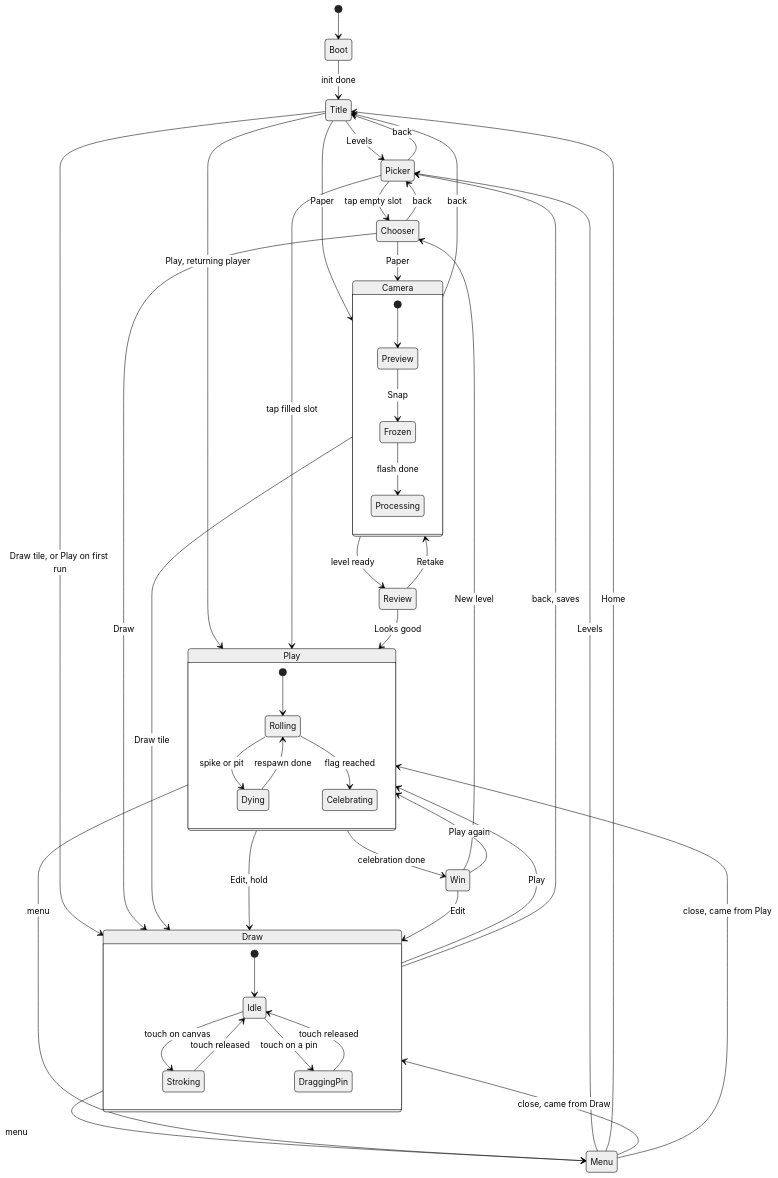
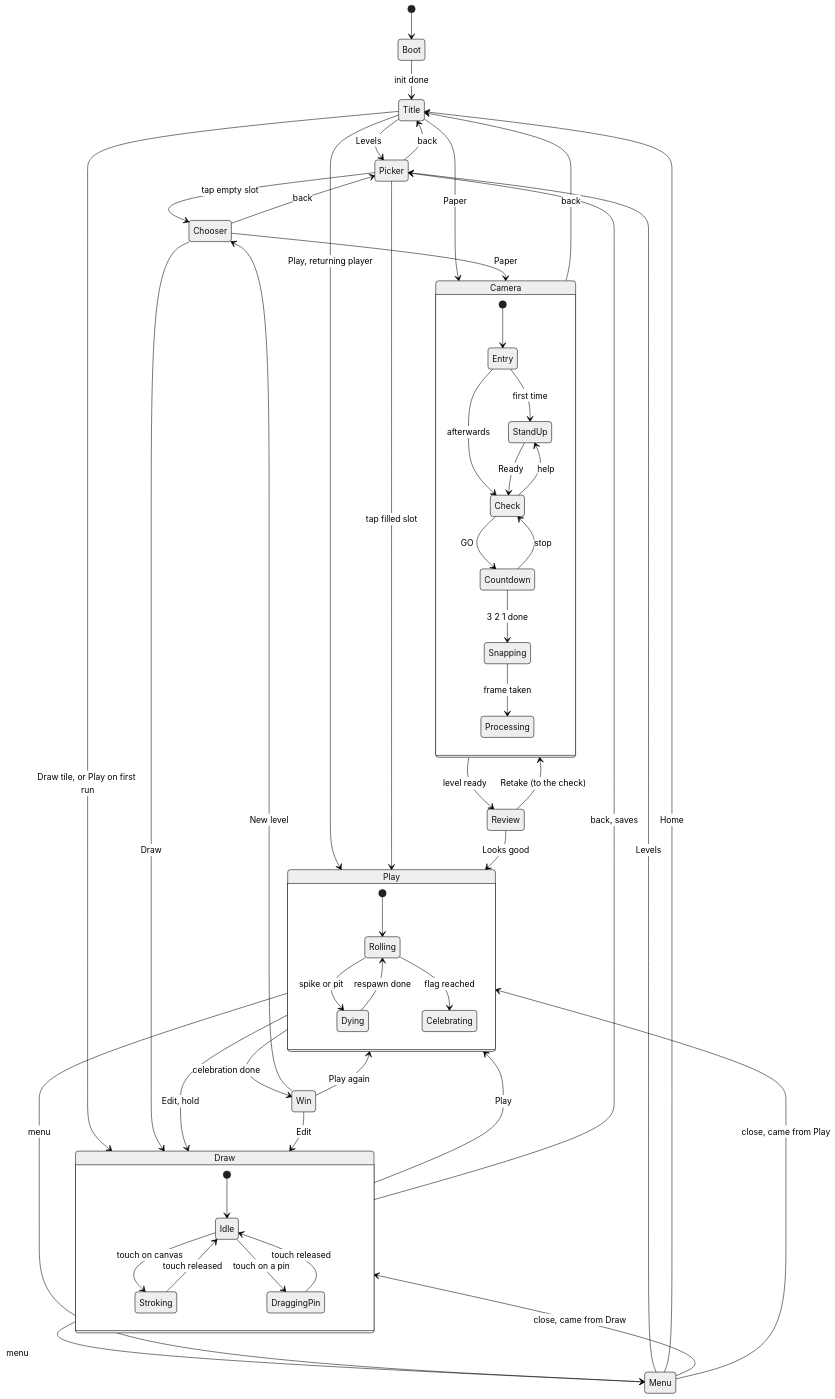
One commit to ambikc/scribble changed the second of 3 diagrams in docs/system-design.md. Above: the diagram before and after it, drawn with Mermaid (neutral theme). The commit also changed other lines of this file and 5 other files, not shown here.

First line of the commit message:
Add stand-up capture flow, A4 level template and calibration check

````diff
--- a/docs/system-design.md
+++ b/docs/system-design.md
@@ -143,58 +160,63 @@
 ```mermaid
 stateDiagram-v2
     [*] --> Boot
     Boot --> Title: init done
 
     Title --> Picker: Levels
     Title --> Camera: Paper
     Title --> Draw: Draw tile, or Play on first run
     Title --> Play: Play, returning player
 
     Picker --> Play: tap filled slot
     Picker --> Chooser: tap empty slot
     Picker --> Title: back
     Chooser --> Camera: Paper
     Chooser --> Draw: Draw
     Chooser --> Picker: back
 
     state Camera {
-        [*] --> Preview
-        Preview --> Frozen: Snap
-        Frozen --> Processing: flash done
+        [*] --> Entry
+        Entry --> StandUp: first time
+        Entry --> Check: afterwards
+        StandUp --> Check: Ready
+        Check --> StandUp: help
+        Check --> Countdown: GO
+        Countdown --> Check: stop
+        Countdown --> Snapping: 3 2 1 done
+        Snapping --> Processing: frame taken
     }
     Camera --> Review: level ready
-    Camera --> Draw: Draw tile
     Camera --> Title: back
-    Review --> Camera: Retake
+    Review --> Camera: Retake (to the check)
     Review --> Play: Looks good
 
     state Draw {
         [*] --> Idle
         Idle --> Stroking: touch on canvas
         Stroking --> Idle: touch released
         Idle --> DraggingPin: touch on a pin
         DraggingPin --> Idle: touch released
     }
     Draw --> Play: Play
     Draw --> Menu: menu
     Draw --> Picker: back, saves
 
     state Play {
         [*] --> Rolling
         Rolling --> Dying: spike or pit
         Dying --> Rolling: respawn done
         Rolling --> Celebrating: flag reached
     }
     Play --> Win: celebration done
     Play --> Draw: Edit, hold
     Play --> Menu: menu
 
     Menu --> Draw: close, came from Draw
     Menu --> Play: close, came from Play
     Menu --> Picker: Levels
     Menu --> Title: Home
 
     Win --> Draw: Edit
     Win --> Play: Play again
     Win --> Chooser: New level
 ```
````
